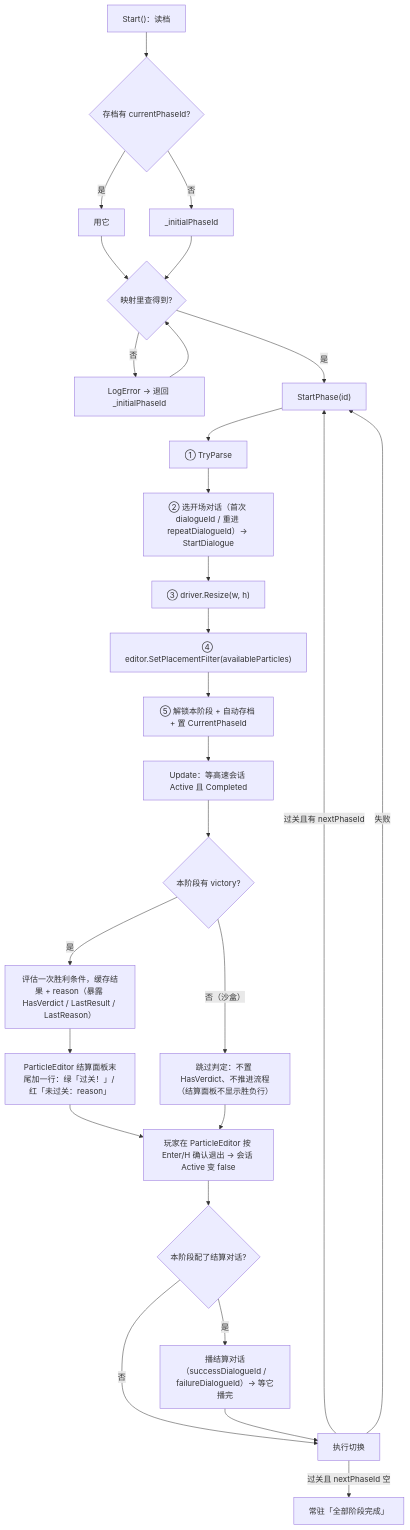
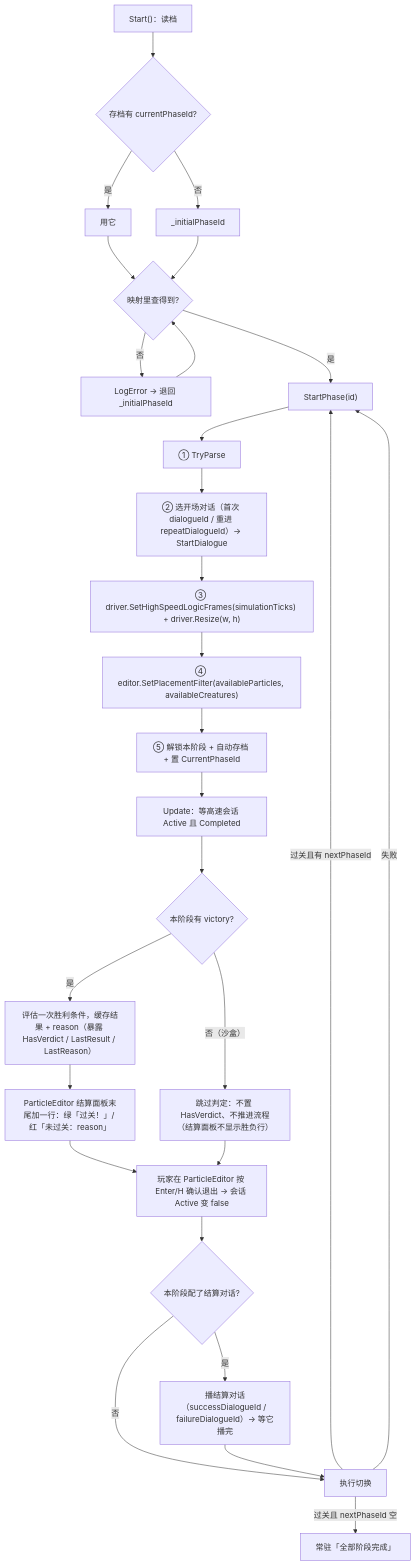
One commit to liziluyu/ThreeDaysofGenesis changed the first of 2 diagrams in docs/GameFlow.md. Above: the diagram before and after it, drawn with Mermaid. The commit also changed other lines of this file and 22 other files, not shown here.

````diff
--- a/docs/GameFlow.md
+++ b/docs/GameFlow.md
@@ -177,30 +199,30 @@
 ```mermaid
 flowchart TD
     A["Start()：读档"] --> B{存档有 currentPhaseId?}
     B -- 是 --> C[用它]
     B -- 否 --> D[_initialPhaseId]
     C --> E{映射里查得到?}
     D --> E
     E -- 否 --> F[LogError → 退回 _initialPhaseId]
     F --> E
     E -- 是 --> G["StartPhase(id)"]
     G --> H["① TryParse"]
     H --> I["② 选开场对话（首次 dialogueId / 重进 repeatDialogueId）→ StartDialogue"]
-    I --> J["③ driver.Resize(w, h)"]
-    J --> K["④ editor.SetPlacementFilter(availableParticles)"]
+    I --> J["③ driver.SetHighSpeedLogicFrames(simulationTicks) + driver.Resize(w, h)"]
+    J --> K["④ editor.SetPlacementFilter(availableParticles, availableCreatures)"]
     K --> L["⑤ 解锁本阶段 + 自动存档 + 置 CurrentPhaseId"]
     L --> M["Update：等高速会话 Active 且 Completed"]
     M --> N{"本阶段有 victory?"}
     N -- 是 --> N2["评估一次胜利条件，缓存结果 + reason（暴露 HasVerdict / LastResult / LastReason）"]
     N -- 否（沙盒）--> N3["跳过判定：不置 HasVerdict、不推进流程（结算面板不显示胜负行）"]
     N2 --> O["ParticleEditor 结算面板末尾加一行：绿「过关！」/ 红「未过关：reason」"]
     O --> P["玩家在 ParticleEditor 按 Enter/H 确认退出 → 会话 Active 变 false"]
     P --> R{"本阶段配了结算对话?"}
     R -- 是 --> R2["播结算对话（successDialogueId / failureDialogueId）→ 等它播完"]
     R -- 否 --> S
     R2 --> S["执行切换"]
     S -- 过关且 nextPhaseId 空 --> Q["常驻「全部阶段完成」"]
     S -- 过关且有 nextPhaseId --> G
     S -- 失败 --> G
     N3 --> P
 ```
````
